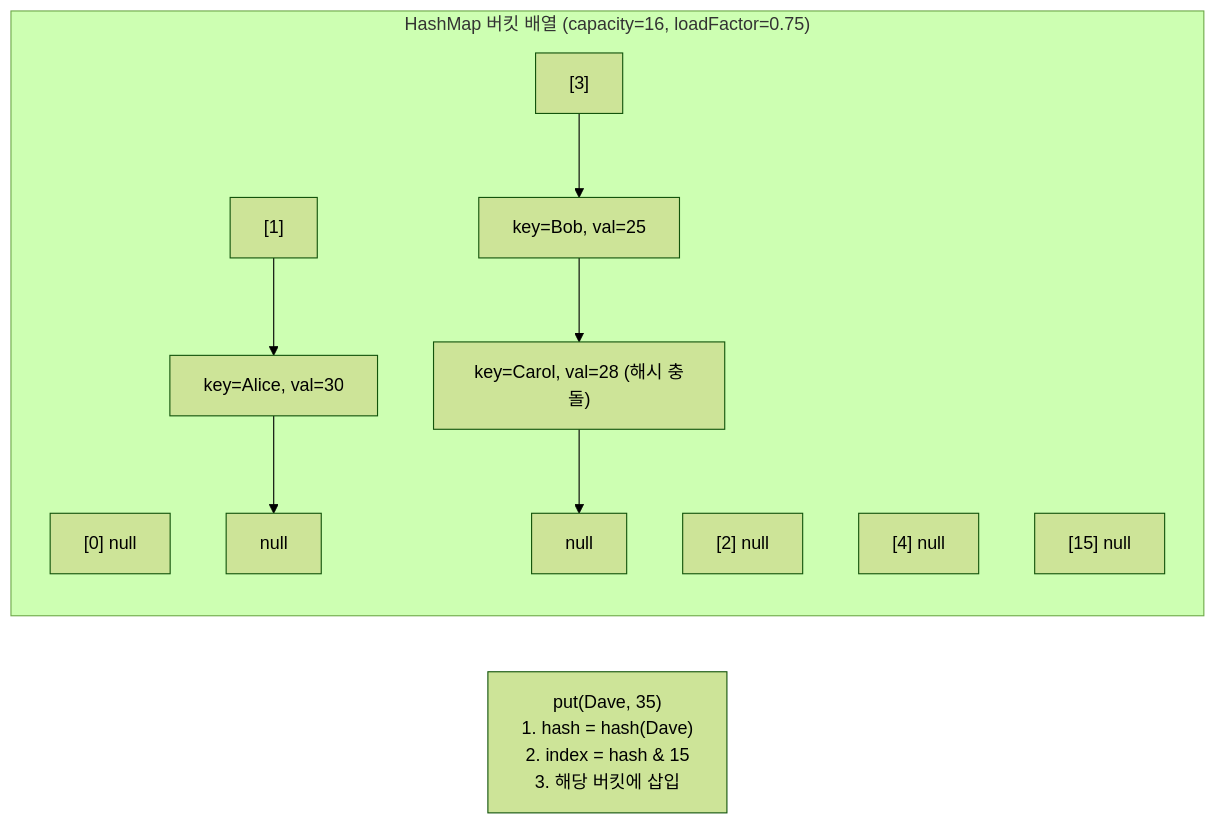
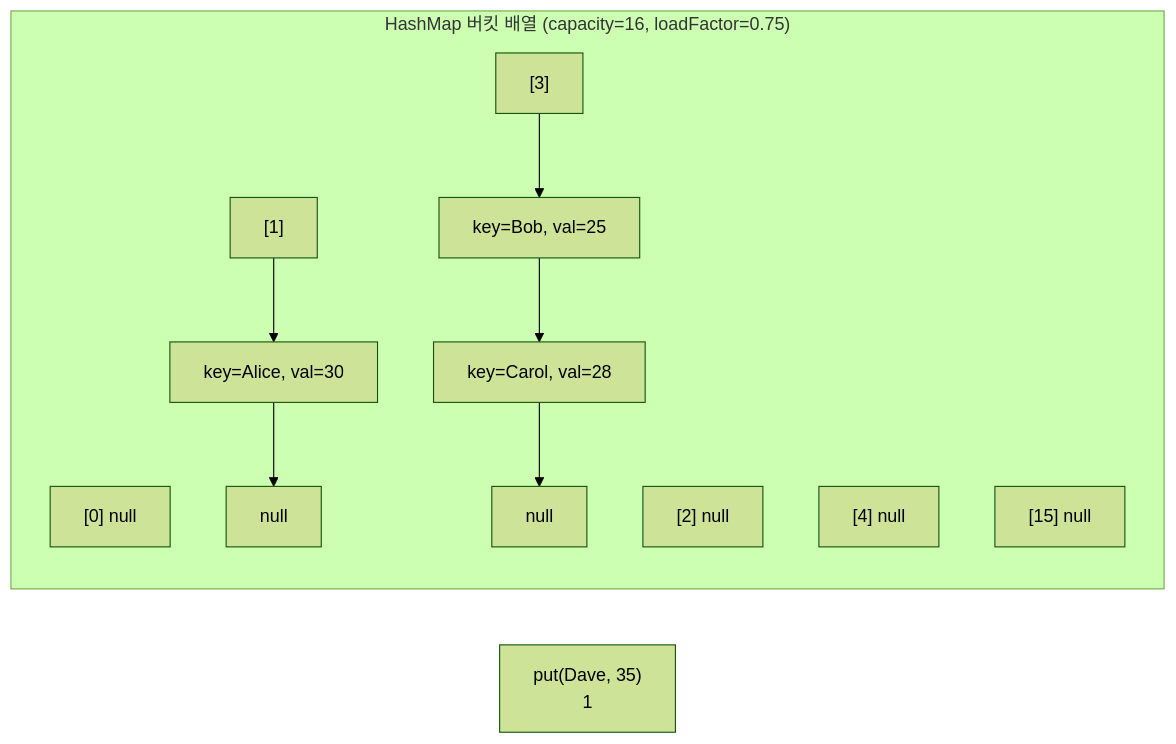
Diagram 11 of 21 in _posts/java/2026-05-01-java-collections.md (yjkim2015/yjkim2015.github.io), drawn with Mermaid (forest theme) before and after one commit. The commit also changed other lines of this file and 271 other files, not shown here.

First line of the commit message:
Mermaid 라벨 축소: 긴 노드 텍스트 18자 이하로 트림 + \n 제거

````diff
--- a/_posts/java/2026-05-01-java-collections.md
+++ b/_posts/java/2026-05-01-java-collections.md
@@ -451,12 +451,12 @@
 ```mermaid
 graph LR
     subgraph "HashMap 버킷 배열 (capacity=16, loadFactor=0.75)"
         B0["[0] null"]
         B1["[1]"] --> N1["key=Alice, val=30"] --> NULL1["null"]
         B2["[2] null"]
-        B3["[3]"] --> N3a["key=Bob, val=25"] --> N3b["key=Carol, val=28 (해시 충돌)"] --> NULL3["null"]
+        B3["[3]"] --> N3a["key=Bob, val=25"] --> N3b["key=Carol, val=28"] --> NULL3["null"]
         B4["[4] null"]
         B15["[15] null"]
     end
-    PUT["put(Dave, 35)<br>1. hash = hash(Dave)<br>2. index = hash & 15<br>3. 해당 버킷에 삽입"]
+    PUT["put(Dave, 35)<br>1"]
 ```
````
